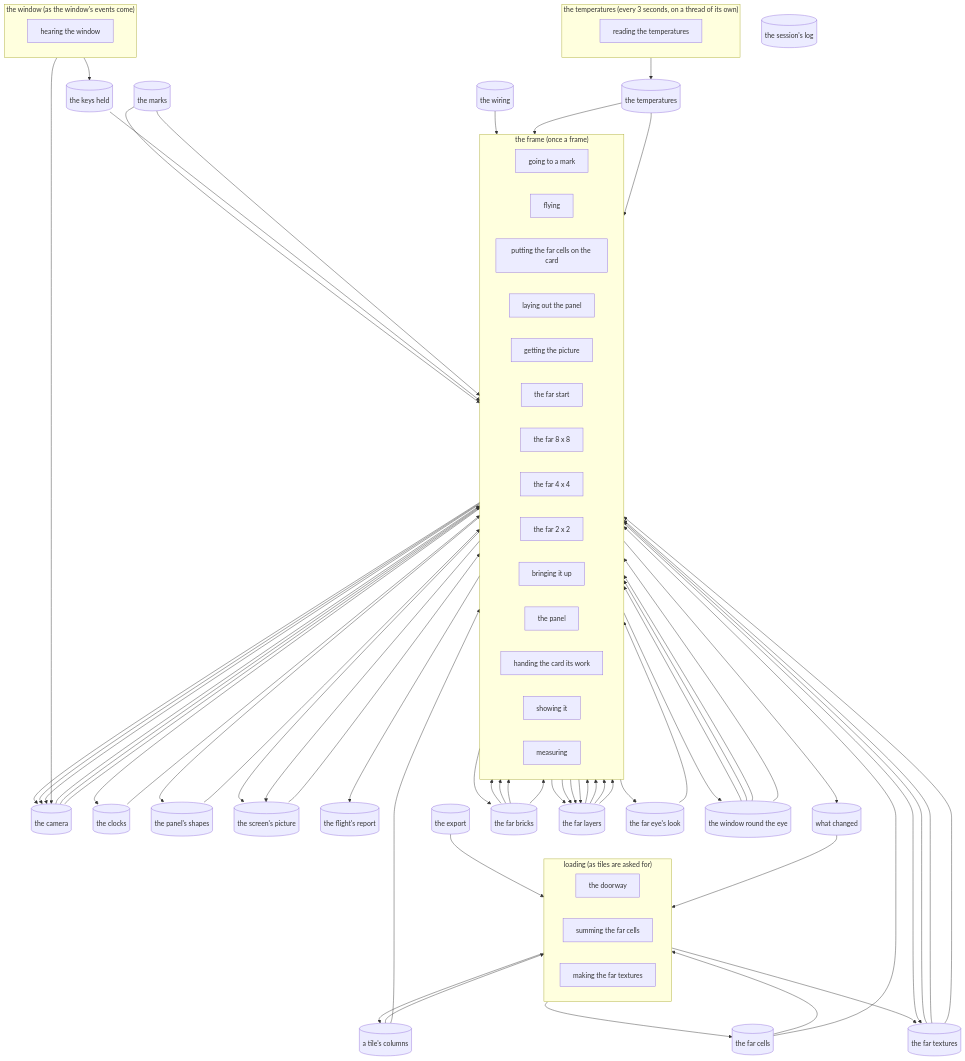
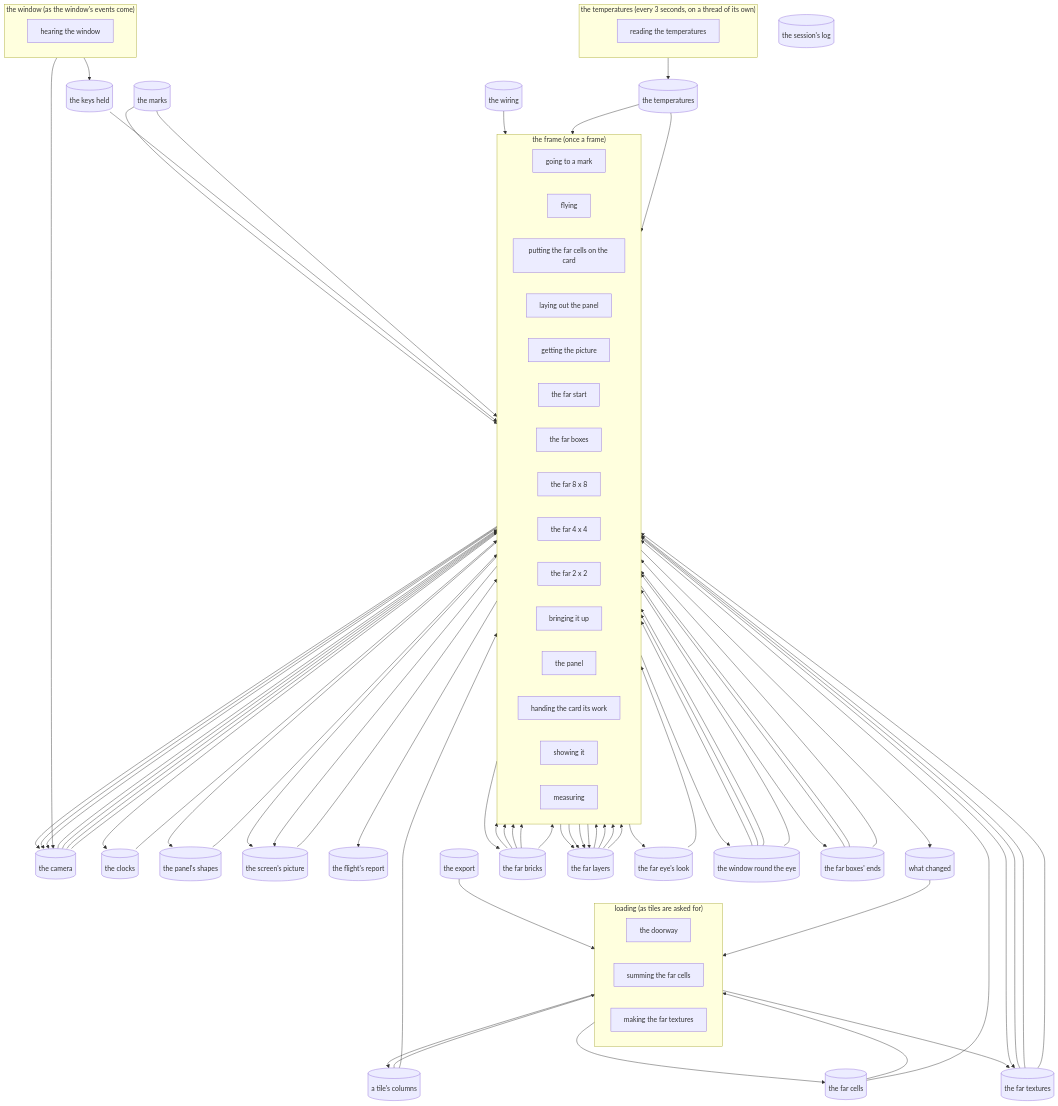
Before and after one commit to david138collins/incus-artus: the diagram in master/map.md, drawn with Mermaid. The commit also changed other lines of this file and 8 other files, not shown here.

```diff
--- a/master/map.md
+++ b/master/map.md
@@ -22,6 +22,7 @@
     pass_laying_out_the_panel["laying out the panel"]
     pass_getting_the_picture["getting the picture"]
     pass_the_far_start["the far start"]
+    pass_the_far_boxes["the far boxes"]
     pass_the_far_8_x_8["the far 8 x 8"]
     pass_the_far_4_x_4["the far 4 x 4"]
     pass_the_far_2_x_2["the far 2 x 2"]
@@ -60,6 +61,7 @@
   store_the_far_textures[("the far textures")]
   store_the_window_round_the_eye[("the window round the eye")]
   store_the_temperatures[("the temperatures")]
+  store_the_far_boxes__ends[("the far boxes' ends")]
   pass_hearing_the_window --> store_the_keys_held
   pass_hearing_the_window --> store_the_camera
   store_the_marks --> pass_going_to_a_mark
@@ -85,19 +87,25 @@
   store_the_far_bricks --> pass_the_far_start
   store_the_far_eye_s_look --> pass_the_far_start
   pass_the_far_start --> store_the_far_layers
+  store_the_camera --> pass_the_far_boxes
+  store_the_far_bricks --> pass_the_far_boxes
+  pass_the_far_boxes --> store_the_far_boxes__ends
   store_the_far_bricks --> pass_the_far_8_x_8
   store_the_far_textures --> pass_the_far_8_x_8
   store_the_window_round_the_eye --> pass_the_far_8_x_8
+  store_the_far_boxes__ends --> pass_the_far_8_x_8
   store_the_far_layers --> pass_the_far_8_x_8
   pass_the_far_8_x_8 --> store_the_far_layers
   store_the_far_bricks --> pass_the_far_4_x_4
   store_the_far_textures --> pass_the_far_4_x_4
   store_the_window_round_the_eye --> pass_the_far_4_x_4
+  store_the_far_boxes__ends --> pass_the_far_4_x_4
   store_the_far_layers --> pass_the_far_4_x_4
   pass_the_far_4_x_4 --> store_the_far_layers
   store_the_far_bricks --> pass_the_far_2_x_2
   store_the_far_textures --> pass_the_far_2_x_2
   store_the_window_round_the_eye --> pass_the_far_2_x_2
+  store_the_far_boxes__ends --> pass_the_far_2_x_2
   store_the_far_layers --> pass_the_far_2_x_2
   pass_the_far_2_x_2 --> store_the_far_layers
   store_the_far_layers --> pass_bringing_it_up
```
